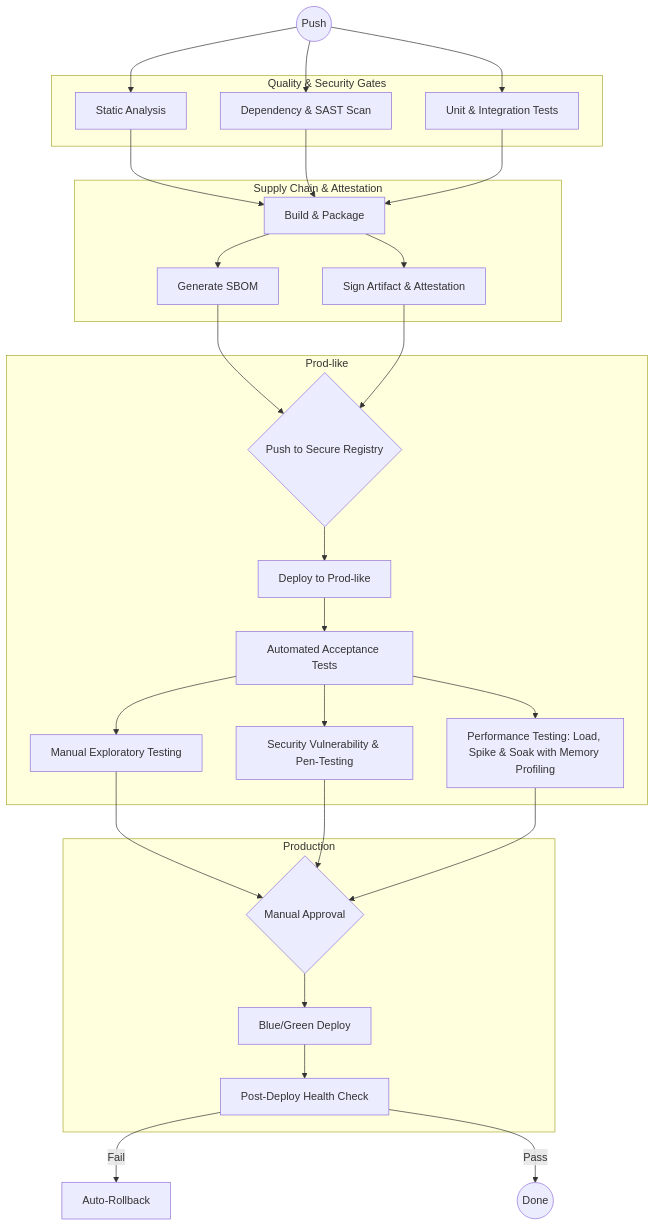
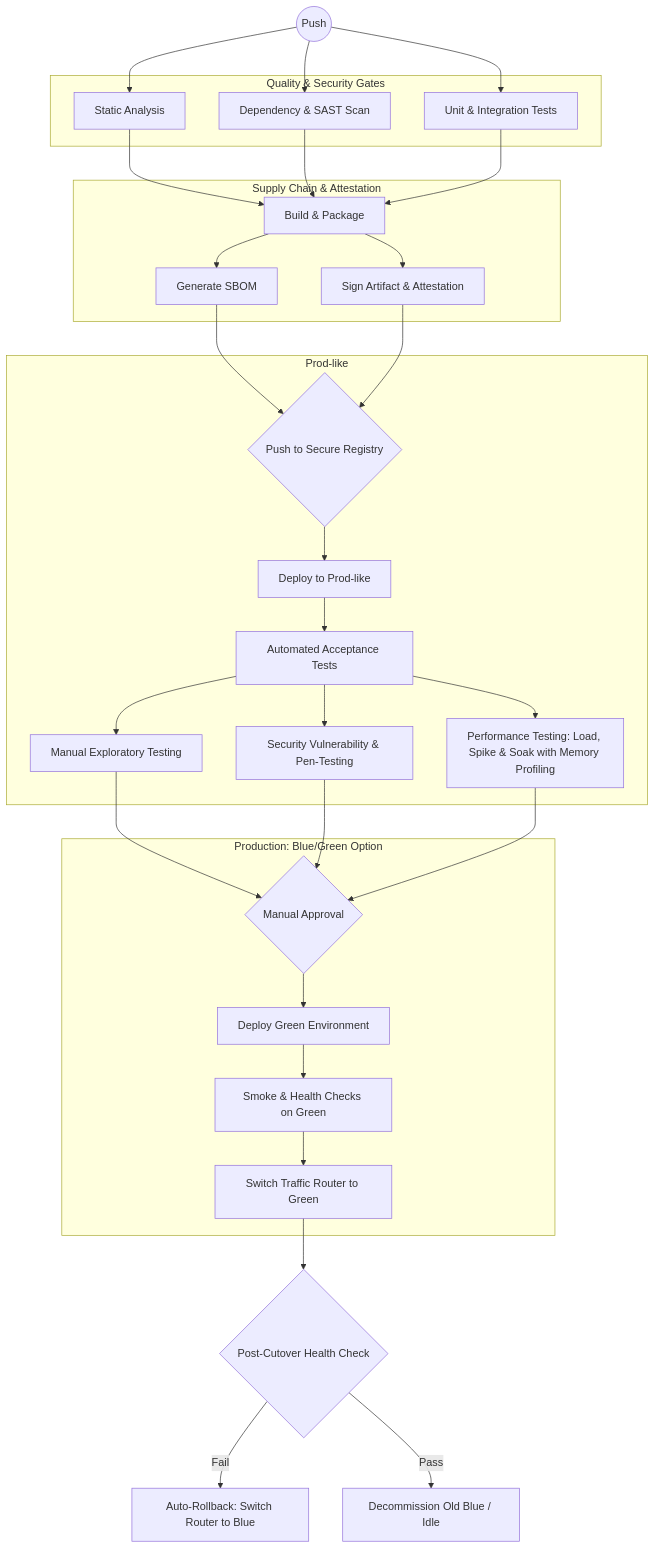
Before and after one commit to lgpalnau/ci-cd-examples: the fourth of 5 diagrams in README.md, drawn with Mermaid. The commit also changed other lines of this file, not shown here.

Commit message:
docs: add canary deployment strategy diagram and details to advanced workflow

````diff
--- a/README.md
+++ b/README.md
@@ -71,37 +71,39 @@
 ```mermaid
 graph TD
     subgraph Quality & Security Gates
     A[Static Analysis]
     B[Dependency & SAST Scan]
     C[Unit & Integration Tests]
     end
 
     Start((Push)) --> A & B & C
     
     A & B & C --> D[Build & Package]
 
     subgraph Supply Chain Hardening [Supply Chain & Attestation]
     D --> E1[Generate SBOM]
     D --> E2[Sign Artifact & Attestation]
     end
 
     E1 & E2 --> F{Push to Secure Registry}
     
     subgraph Prod-like
     F --> G[Deploy to Prod-like]
     G --> H1[Automated Acceptance Tests]
     H1 --> H2[Manual Exploratory Testing]
     H1 --> H3[Security Vulnerability & Pen-Testing]
     H1 --> H4[Performance Testing: Load, Spike & Soak with Memory Profiling]
     end
     
     H2 & H3 & H4 --> I{Manual Approval}
     
-    subgraph Production
-    I --> J[Blue/Green Deploy]
-    J --> K[Post-Deploy Health Check]
+    subgraph Production [Production: Blue/Green Option]
+    I --> J[Deploy Green Environment]
+    J --> K[Smoke & Health Checks on Green]
+    K --> L[Switch Traffic Router to Green]
     end
     
-    K -- Fail --> L[Auto-Rollback]
-    K -- Pass --> M((Done))
+    L --> M{Post-Cutover Health Check}
+    M -- Fail --> N[Auto-Rollback: Switch Router to Blue]
+    M -- Pass --> O[Decommission Old Blue / Idle]
 ```
````
